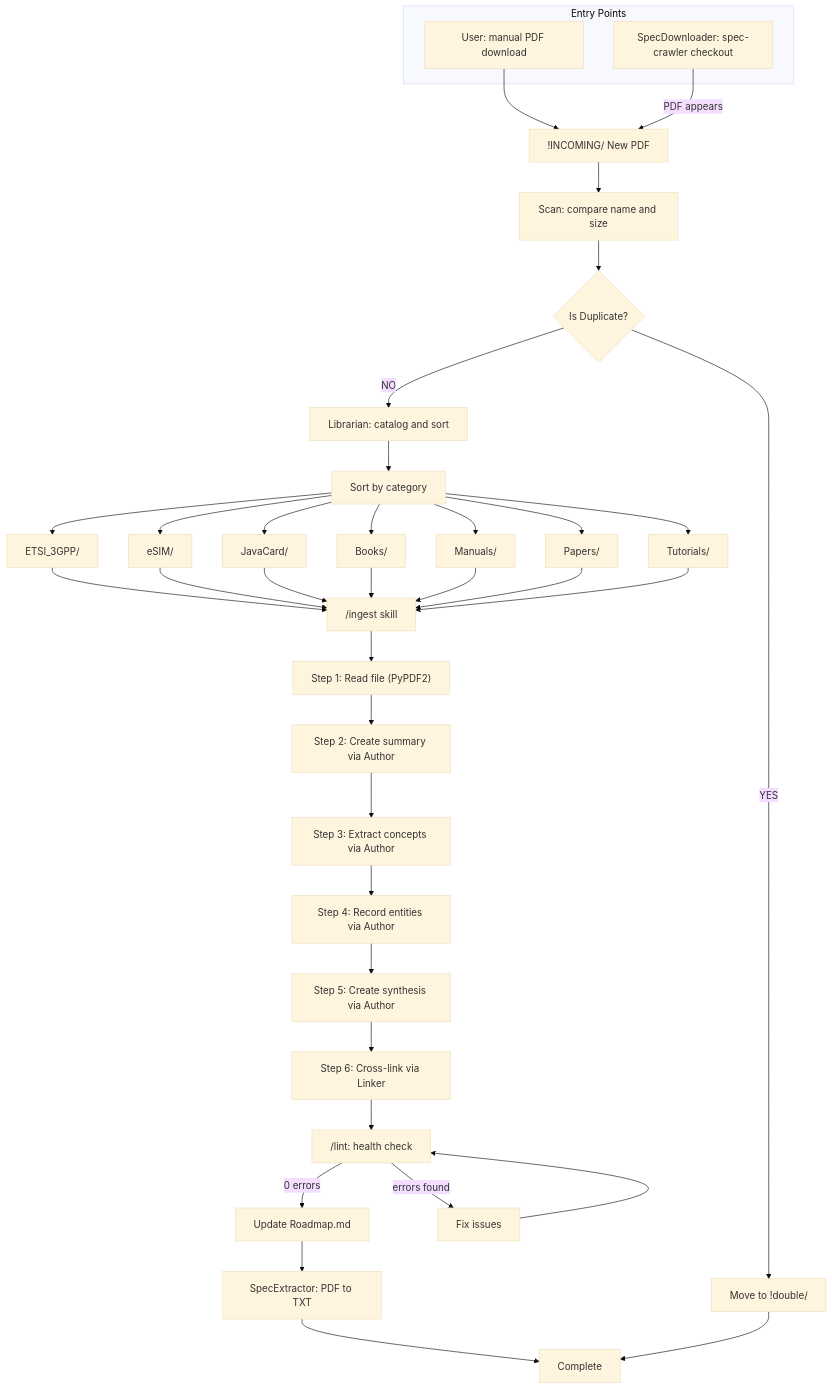
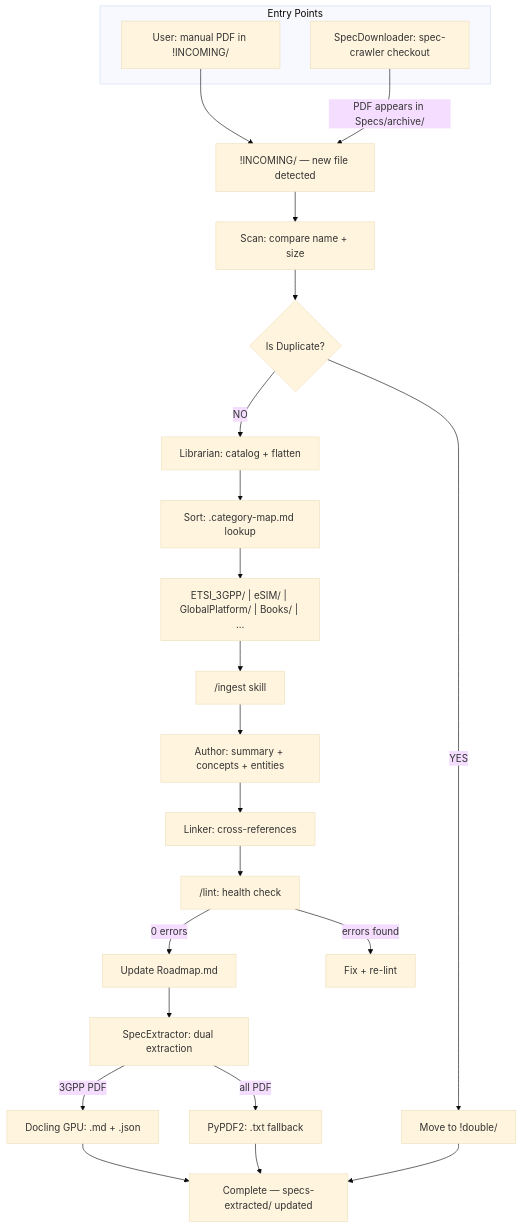
Before and after one commit to Say10Code/SpecKit: the diagram in _tech/diagrams/incoming-pipeline.md, drawn with Mermaid (base theme). The commit also changed other lines of this file and 10 other files, not shown here.

First line of the commit message:
@ U1-U10: архитектурные улучшения — git, хуки, категории, /research, валидатор, диаграммы

````diff
--- a/_tech/diagrams/incoming-pipeline.md
+++ b/_tech/diagrams/incoming-pipeline.md
@@ -3,51 +3,35 @@
 ```mermaid
 flowchart TD
     subgraph "Entry Points"
-        USER["User: manual PDF download"]
+        USER["User: manual PDF in !INCOMING/"]
         SD["SpecDownloader: spec-crawler checkout"]
     end
 
-    USER --> INCOMING["!INCOMING/ New PDF"]
-    SD -->|PDF appears| INCOMING
+    USER --> INCOMING["!INCOMING/ — new file detected"]
+    SD -->|"PDF appears in Specs/archive/"| INCOMING
 
-    INCOMING --> SCAN["Scan: compare name and size"]
+    INCOMING --> SCAN["Scan: compare name + size"]
 
-    SCAN --> DUP{Is Duplicate?}
+    SCAN --> DUP{"Is Duplicate?"}
 
-    DUP -->|YES| DOUBLE["Move to !double/"]
-    DUP -->|NO| LIBRARIAN["Librarian: catalog and sort"]
+    DUP -->|"YES"| DOUBLE["Move to !double/"]
+    DUP -->|"NO"| LIBRARIAN["Librarian: catalog + flatten"]
 
-    LIBRARIAN --> SORT["Sort by category"]
+    LIBRARIAN --> SORT["Sort: .category-map.md lookup"]
 
-    SORT --> CAT1["ETSI_3GPP/"]
-    SORT --> CAT2["eSIM/"]
-    SORT --> CAT3["JavaCard/"]
-    SORT --> CAT4["Books/"]
-    SORT --> CAT5["Manuals/"]
-    SORT --> CAT6["Papers/"]
-    SORT --> CAT7["Tutorials/"]
+    SORT --> CATEGORIES["ETSI_3GPP/ | eSIM/ | GlobalPlatform/ | Books/ | ..."]
 
-    CAT1 --> INGEST["/ingest skill"]
-    CAT2 --> INGEST
-    CAT3 --> INGEST
-    CAT4 --> INGEST
-    CAT5 --> INGEST
-    CAT6 --> INGEST
-    CAT7 --> INGEST
+    CATEGORIES --> INGEST["/ingest skill"]
+    INGEST --> AUTHOR["Author: summary + concepts + entities"]
+    AUTHOR --> LINKER["Linker: cross-references"]
+    LINKER --> LINT["/lint: health check"]
+    LINT -->|"0 errors"| ROADMAP["Update Roadmap.md"]
+    LINT -->|"errors found"| FIX["Fix + re-lint"]
 
-    INGEST --> STEP1["Step 1: Read file (PyPDF2)"]
-    STEP1 --> STEP2["Step 2: Create summary via Author"]
-    STEP2 --> STEP3["Step 3: Extract concepts via Author"]
-    STEP3 --> STEP4["Step 4: Record entities via Author"]
-    STEP4 --> STEP5["Step 5: Create synthesis via Author"]
-    STEP5 --> STEP6["Step 6: Cross-link via Linker"]
-
-    STEP6 --> LINT["/lint: health check"]
-    LINT -->|0 errors| ROADMAP["Update Roadmap.md"]
-    LINT -->|errors found| FIX["Fix issues"]
-    FIX --> LINT
-
-    ROADMAP --> SPECEXTRACT["SpecExtractor: PDF to TXT"]
-    SPECEXTRACT --> DONE["Complete"]
+    ROADMAP --> EXTRACT["SpecExtractor: dual extraction"]
+    EXTRACT -->|"3GPP PDF"| DOCLING["Docling GPU: .md + .json"]
+    EXTRACT -->|"all PDF"| PYPDF2["PyPDF2: .txt fallback"]
+    DOCLING --> DONE["Complete — specs-extracted/ updated"]
+    PYPDF2 --> DONE
     DOUBLE --> DONE
 ```
````
